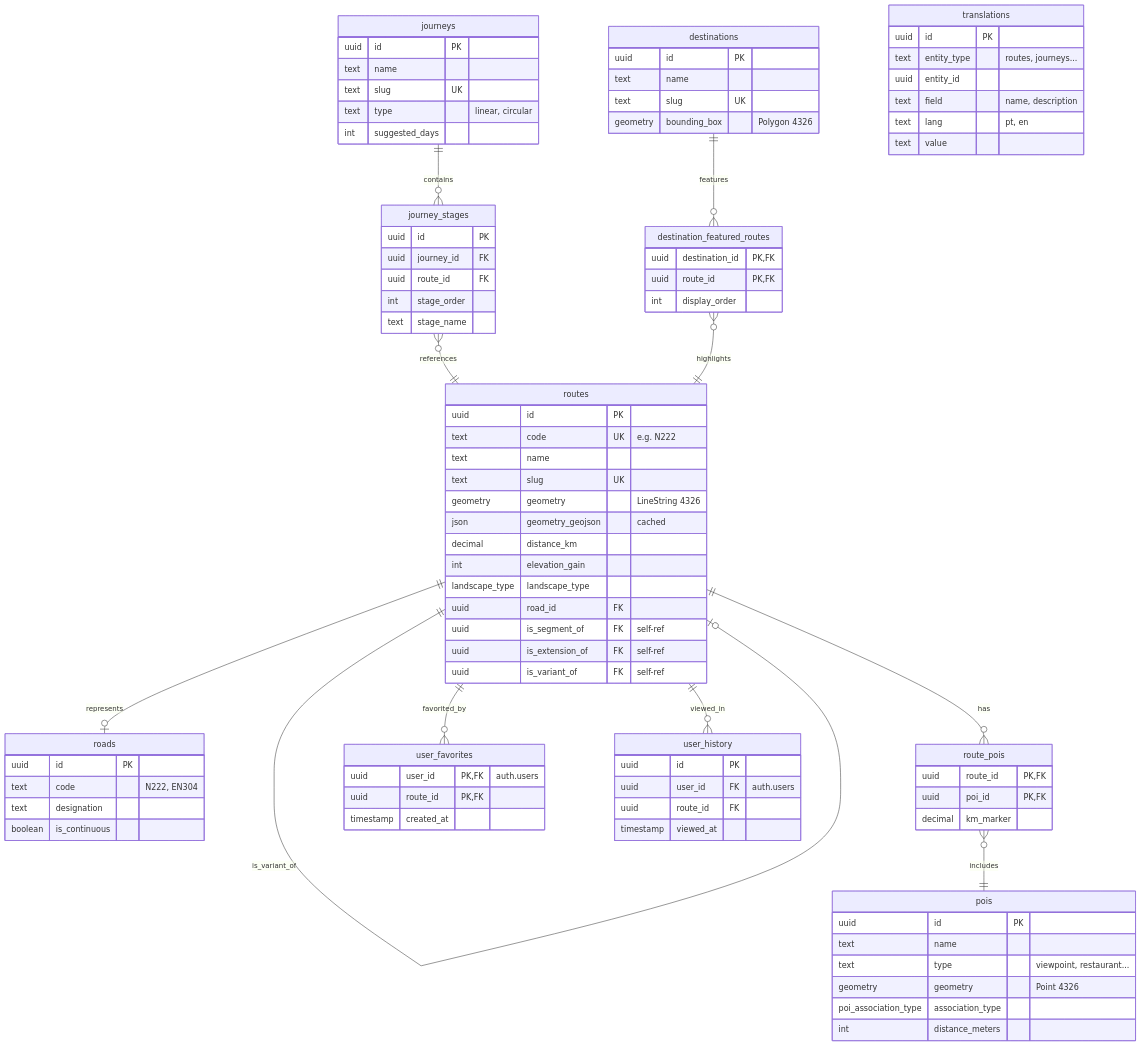
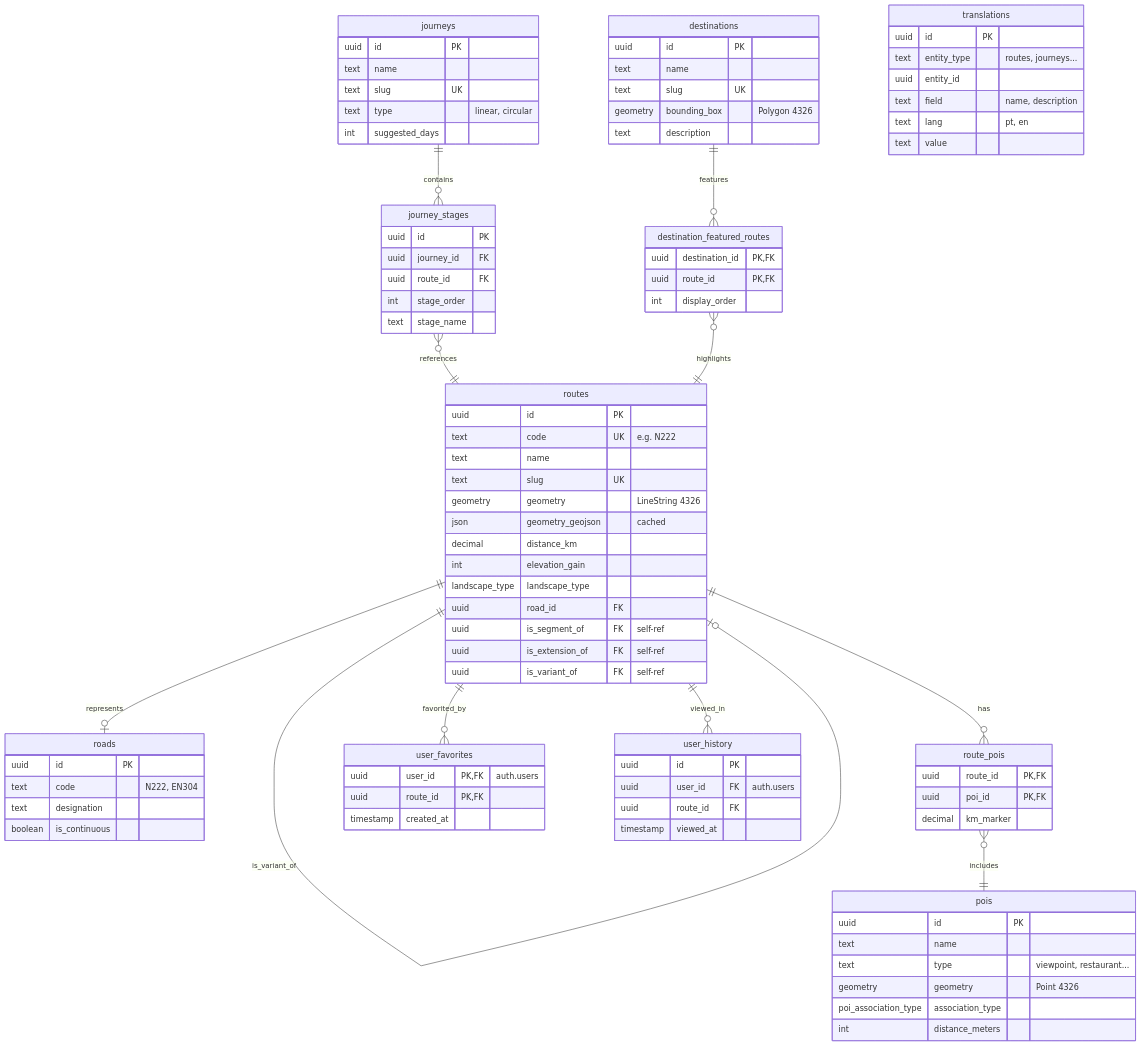
One commit to diogo-costa-silva/moto-routes changed the diagram in docs/SCHEMA.md. Above: the diagram before and after it, drawn with Mermaid. The commit also changed other lines of this file and 13 other files, not shown here.

```diff
--- a/docs/SCHEMA.md
+++ b/docs/SCHEMA.md
@@ -64,6 +64,7 @@
         text name
         text slug UK
         geometry bounding_box "Polygon 4326"
+        text description
     }
 
     destination_featured_routes {
```
